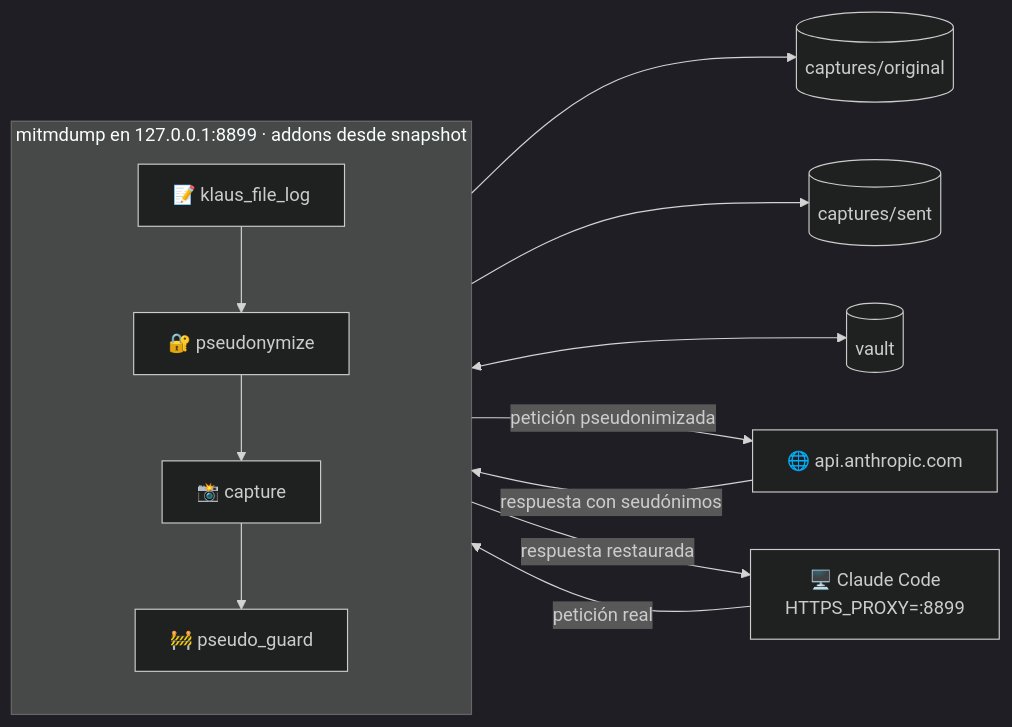
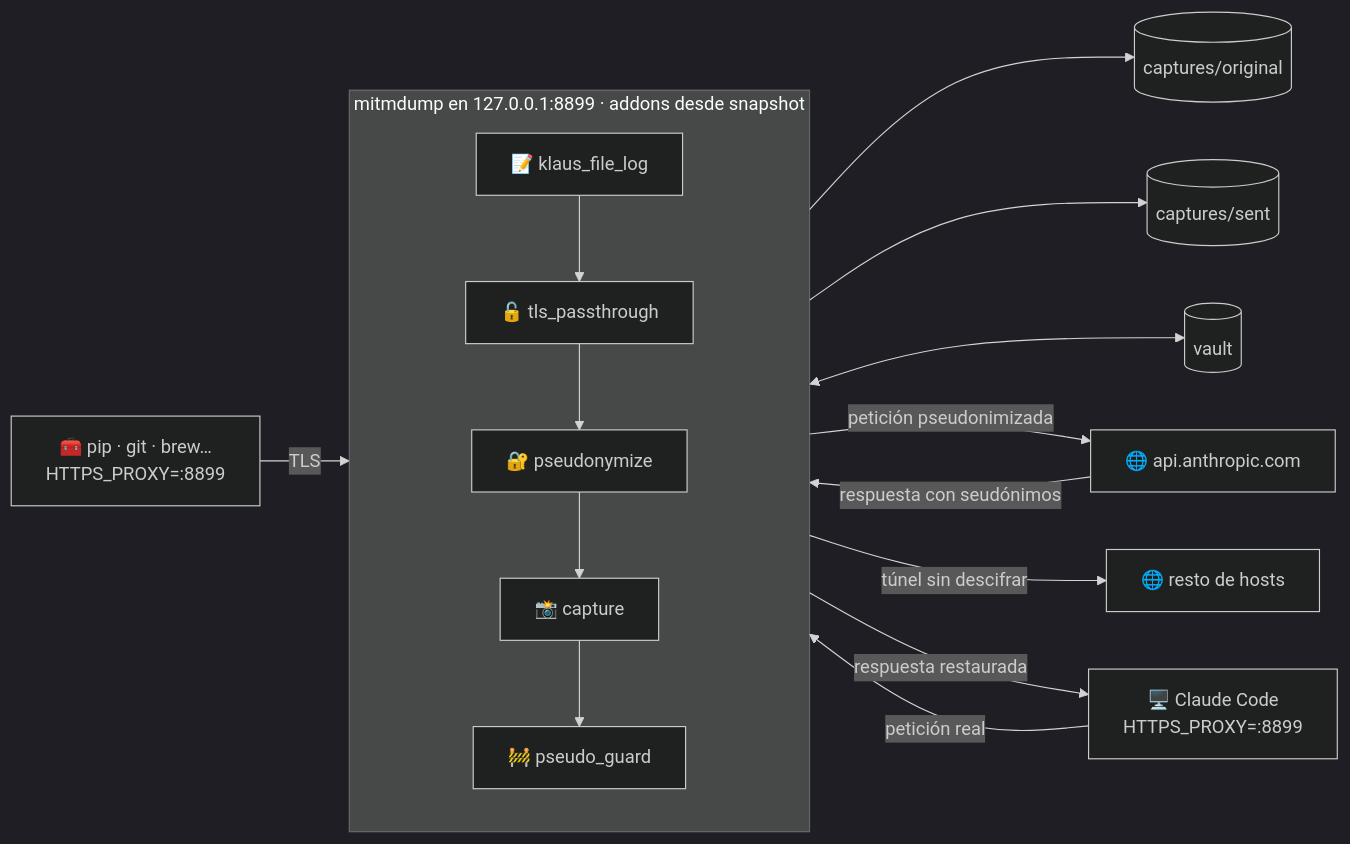
One commit to Ka0s-Klaus/klaus-proxy-local changed the diagram in docs/ARCHITECTURE_DEEP_DIVE.md. Above: the diagram before and after it, drawn with Mermaid (dark theme). The commit also changed other lines of this file and 18 other files, not shown here.

````diff
--- a/docs/ARCHITECTURE_DEEP_DIVE.md
+++ b/docs/ARCHITECTURE_DEEP_DIVE.md
@@ -11,16 +11,19 @@
 ```mermaid
 flowchart LR
     CC[🖥️ Claude Code<br/>HTTPS_PROXY=:8899] -->|petición real| P
     subgraph P[mitmdump en 127.0.0.1:8899 · addons desde snapshot]
         direction TB
-        L[📝 klaus_file_log] --> S[🔐 pseudonymize]
+        L[📝 klaus_file_log] --> TP[🔓 tls_passthrough]
+        TP --> S[🔐 pseudonymize]
         S --> C[📸 capture]
         C --> G[🚧 pseudo_guard]
     end
     P -->|petición pseudonimizada| A[🌐 api.anthropic.com]
+    O2[🧰 pip · git · brew…<br/>HTTPS_PROXY=:8899] -->|TLS| P
+    P -->|túnel sin descifrar| W[🌐 resto de hosts]
     A -->|respuesta con seudónimos| P
     P -->|respuesta restaurada| CC
     C --> O[(captures/original)]
     C --> T[(captures/sent)]
     S <--> V[(vault)]
 ```
````
